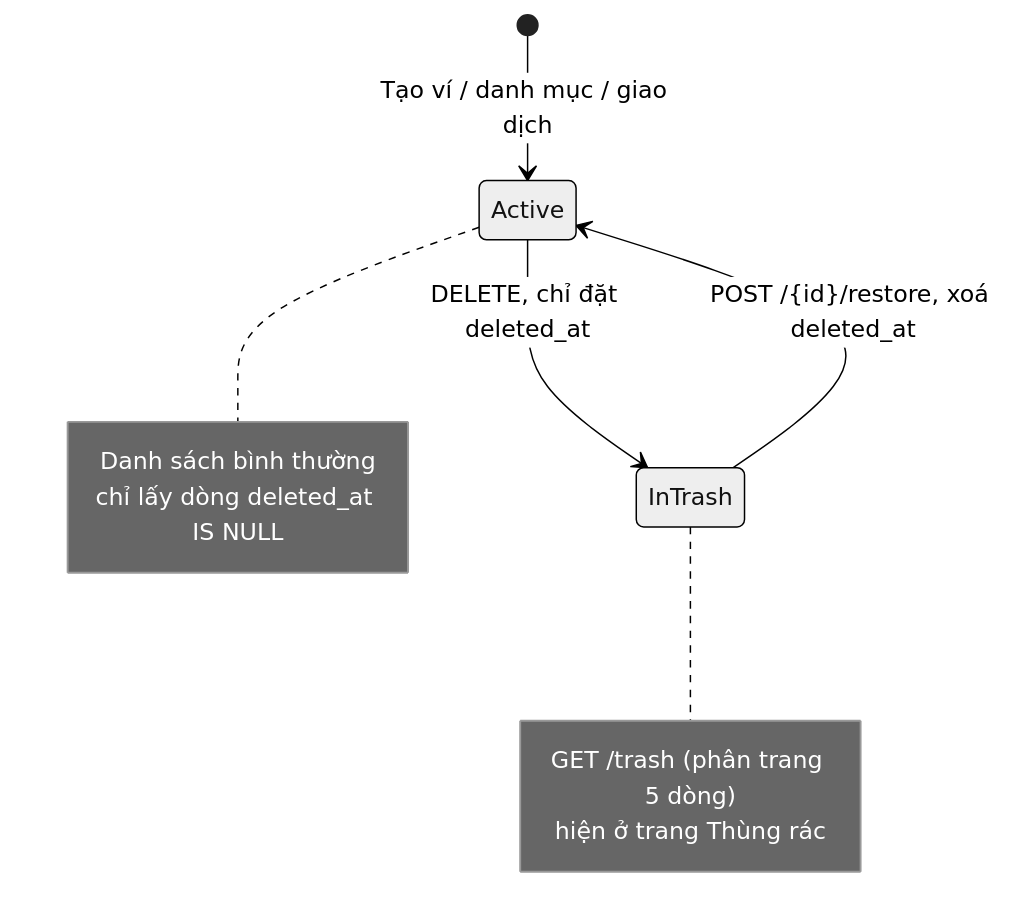
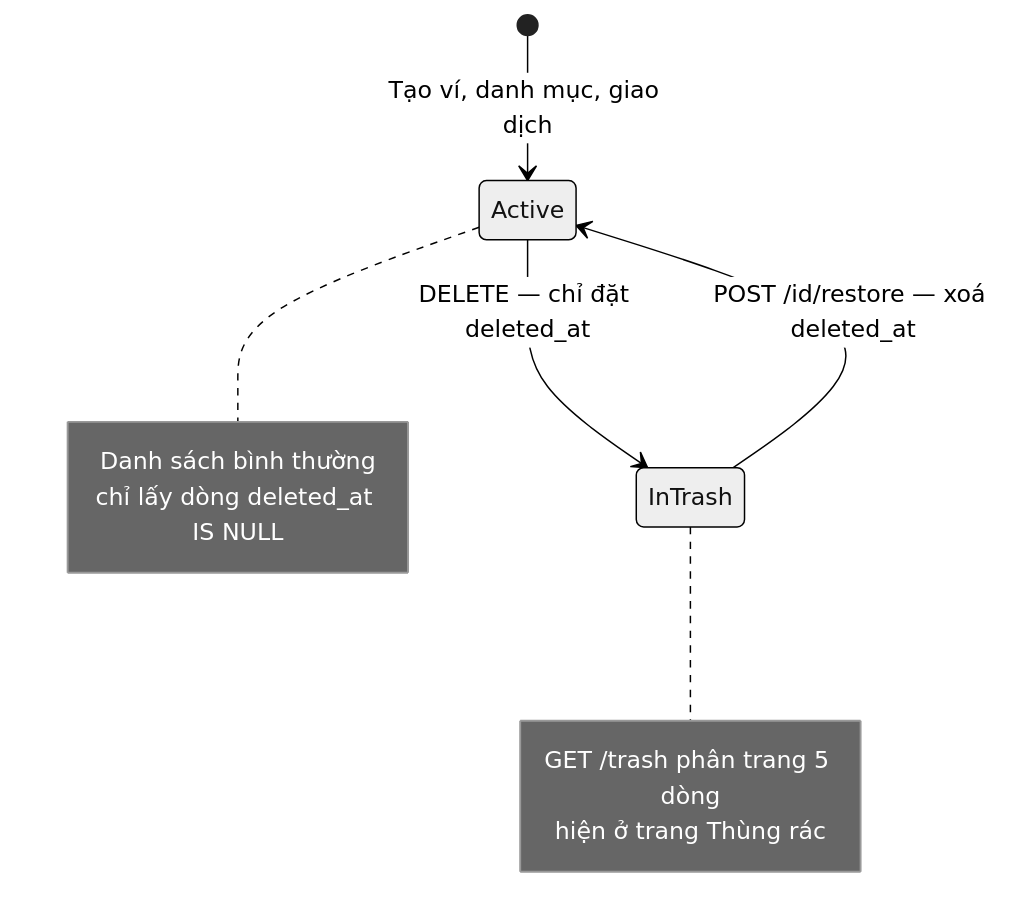
One commit to boyquynhluu/family-expense-manager changed diagram 17 of 33 in README.md. Above: the diagram before and after it, drawn with Mermaid (neutral theme). The commit also changed other lines of this file and 1 other file, not shown here.

````diff
--- a/README.md
+++ b/README.md
@@ -634,14 +576,14 @@
 ```mermaid
 stateDiagram-v2
-    [*] --> Active: Tạo ví / danh mục / giao dịch
-    Active --> InTrash: DELETE, chỉ đặt deleted_at
-    InTrash --> Active: POST /{id}/restore, xoá deleted_at
+    [*] --> Active: Tạo ví, danh mục, giao dịch
+    Active --> InTrash: DELETE — chỉ đặt deleted_at
+    InTrash --> Active: POST /id/restore — xoá deleted_at
     note right of Active
         Danh sách bình thường
         chỉ lấy dòng deleted_at IS NULL
     end note
     note right of InTrash
-        GET /trash (phân trang 5 dòng)
+        GET /trash phân trang 5 dòng
         hiện ở trang Thùng rác
     end note
 ```
````
